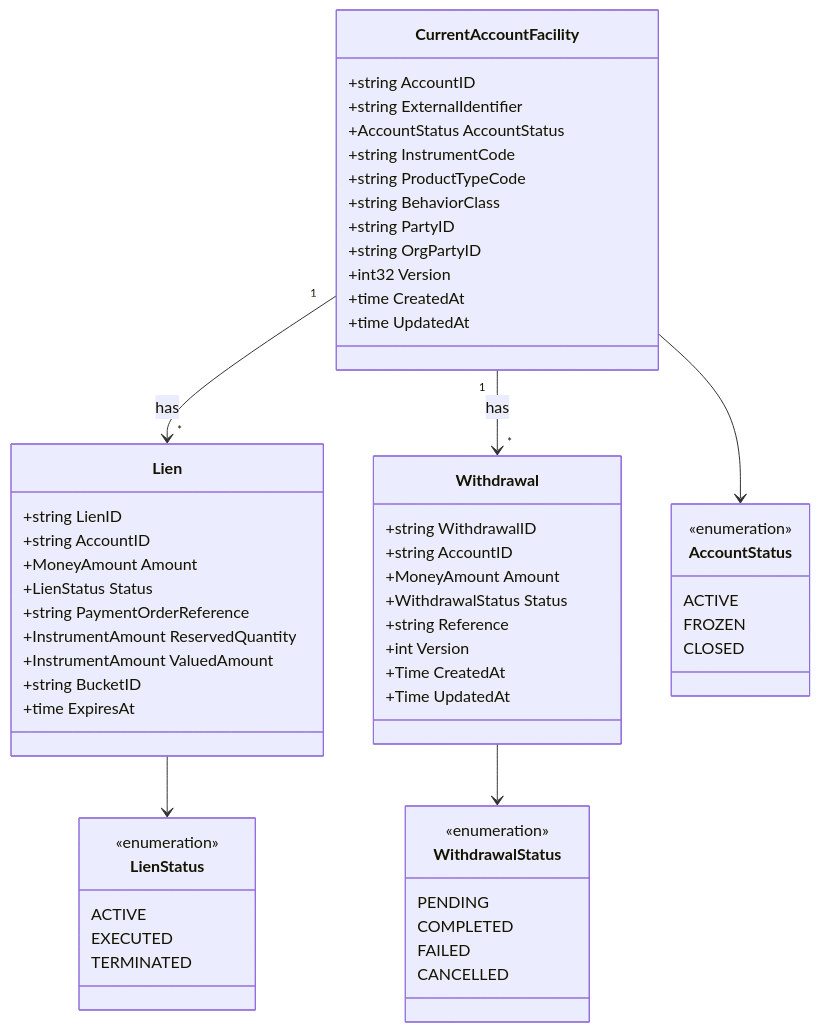
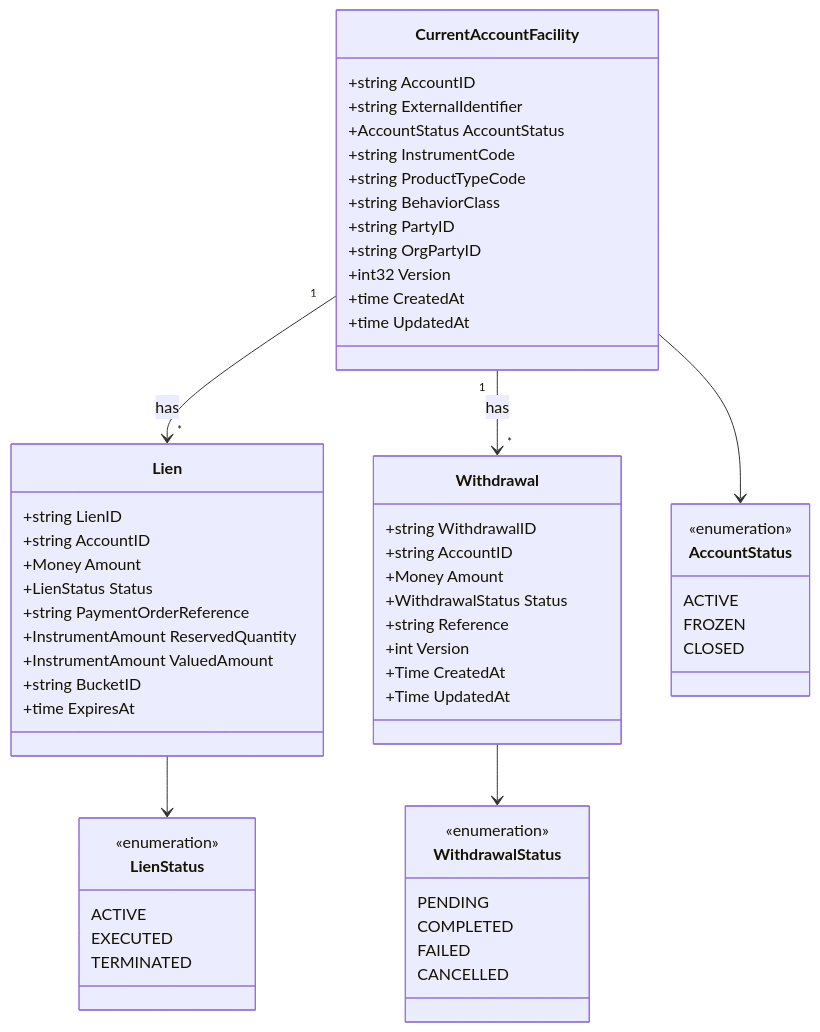
The diagram in services/current-account/README.md (meridianhub/meridian), drawn with Mermaid before and after one commit. The commit also changed other lines of this file and 4 other files, not shown here.

````diff
--- a/services/current-account/README.md
+++ b/services/current-account/README.md
@@ -78,67 +78,67 @@
 ```mermaid
 classDiagram
     class CurrentAccountFacility {
         +string AccountID
         +string ExternalIdentifier
         +AccountStatus AccountStatus
         +string InstrumentCode
         +string ProductTypeCode
         +string BehaviorClass
         +string PartyID
         +string OrgPartyID
         +int32 Version
         +time CreatedAt
         +time UpdatedAt
     }
 
     class Lien {
         +string LienID
         +string AccountID
-        +MoneyAmount Amount
+        +Money Amount
         +LienStatus Status
         +string PaymentOrderReference
         +InstrumentAmount ReservedQuantity
         +InstrumentAmount ValuedAmount
         +string BucketID
         +time ExpiresAt
     }
 
     class Withdrawal {
         +string WithdrawalID
         +string AccountID
-        +MoneyAmount Amount
+        +Money Amount
         +WithdrawalStatus Status
         +string Reference
         +int Version
         +Time CreatedAt
         +Time UpdatedAt
     }
 
     class LienStatus {
         <<enumeration>>
         ACTIVE
         EXECUTED
         TERMINATED
     }
 
     class WithdrawalStatus {
         <<enumeration>>
         PENDING
         COMPLETED
         FAILED
         CANCELLED
     }
 
     class AccountStatus {
         <<enumeration>>
         ACTIVE
         FROZEN
         CLOSED
     }
 
     CurrentAccountFacility "1" --> "*" Lien : has
     CurrentAccountFacility "1" --> "*" Withdrawal : has
     CurrentAccountFacility --> AccountStatus
     Lien --> LienStatus
     Withdrawal --> WithdrawalStatus
 ```
````
